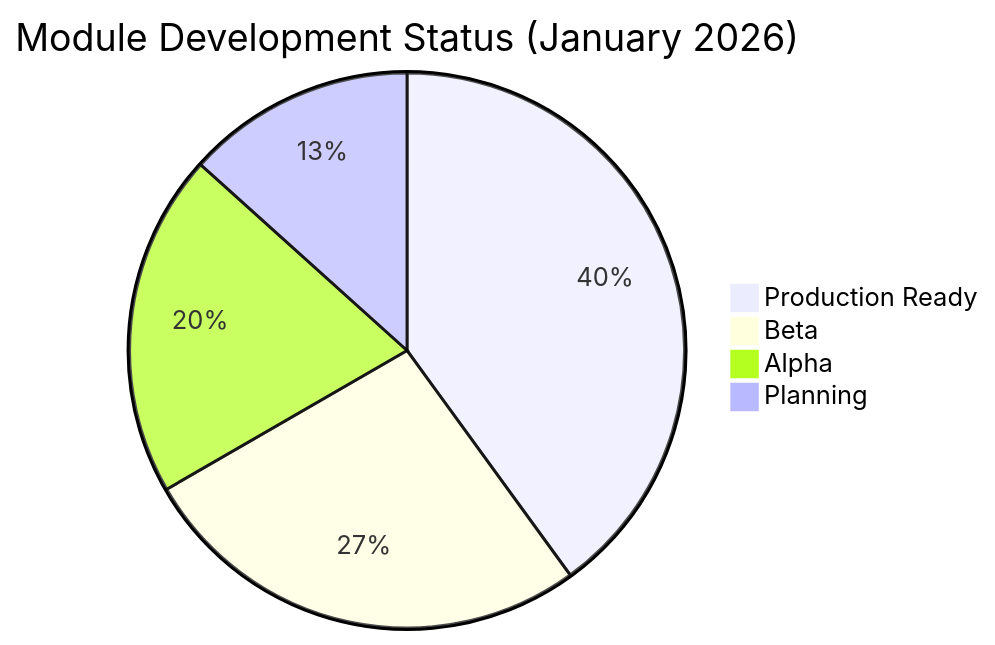
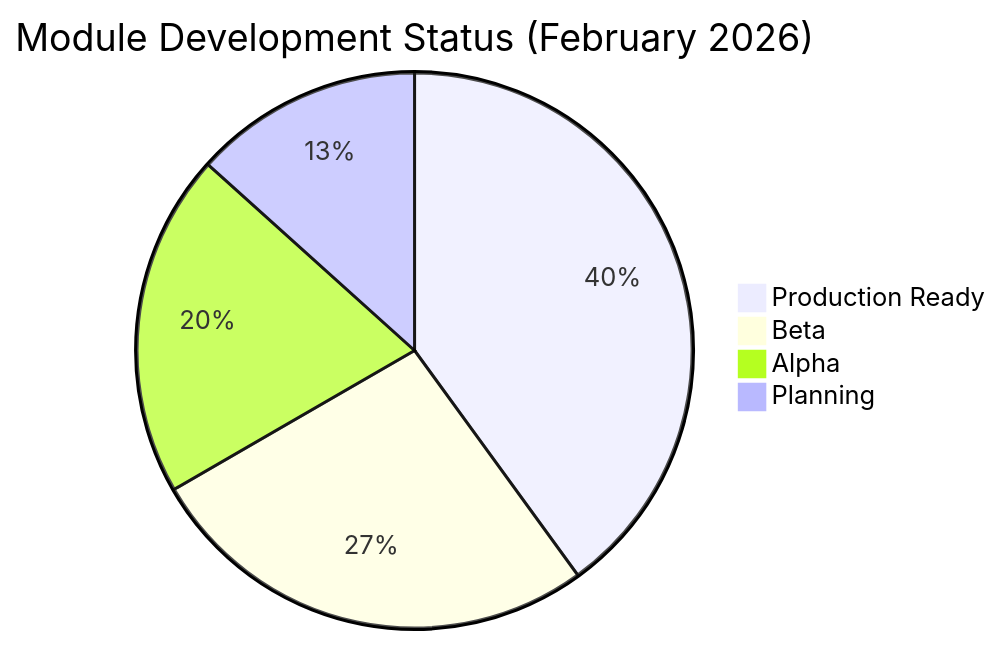
One commit to docxology/codomyrmex changed diagram 12 of 12 in README.md. Above: the diagram before and after it, drawn with Mermaid. The commit also changed other lines of this file and 1587 other files, not shown here.

````diff
--- a/README.md
+++ b/README.md
@@ -1394,7 +1394,7 @@
 ```mermaid
-pie title Module Development Status (January 2026)
+pie title Module Development Status (February 2026)
     "Production Ready" : 12
     "Beta" : 8
     "Alpha" : 6
     "Planning" : 4
 ```
````
